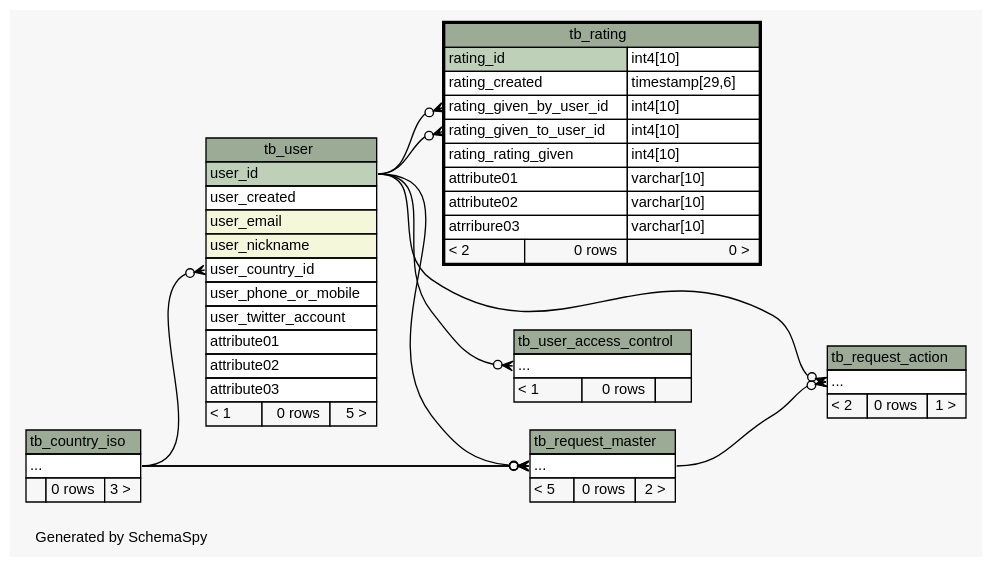
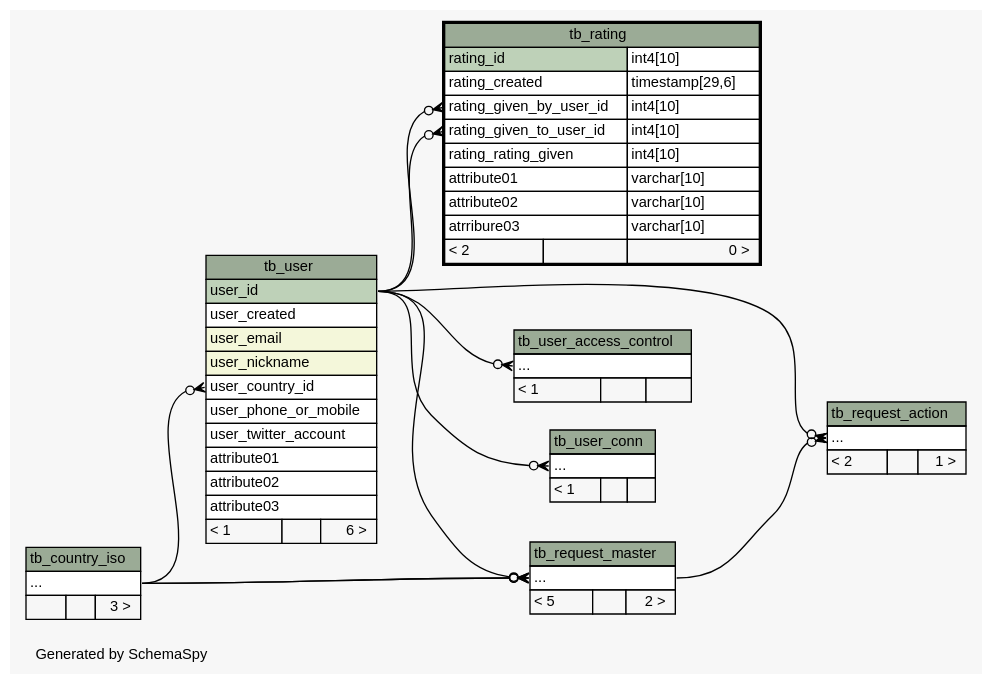
One commit to josetesan/bring2me changed the diagram in database/schema/diagrams/tb_rating.2degrees.dot. Above: the diagram before and after it, drawn with Graphviz. The commit also changed 74 other files, not shown here.

Commit message:
New schema

```diff
--- a/database/schema/diagrams/tb_rating.2degrees.dot
+++ b/database/schema/diagrams/tb_rating.2degrees.dot
@@ -1,107 +1,118 @@
-// dot 2.34.0 on Linux 3.12.0-1-MANJARO
+// dot 2.34.0 on Linux 3.12.1-1-MANJARO
 // SchemaSpy rev 590
 digraph "twoDegreesRelationshipsDiagram" {
   graph [
     rankdir="RL"
     bgcolor="#f7f7f7"
     label="\nGenerated by SchemaSpy"
     labeljust="l"
     nodesep="0.18"
     ranksep="0.46"
     fontname="Helvetica"
     fontsize="11"
   ];
   node [
     fontname="Helvetica"
     fontsize="11"
     shape="plaintext"
   ];
   edge [
     arrowsize="0.8"
   ];
   "tb_rating":"rating_given_by_user_id":w -> "tb_user":"user_id":e [arrowhead=none dir=back arrowtail=crowodot];
   "tb_rating":"rating_given_to_user_id":w -> "tb_user":"user_id":e [arrowhead=none dir=back arrowtail=crowodot];
   "tb_request_action":"elipses":w -> "tb_user":"user_id":e [arrowhead=none dir=back arrowtail=crowodot];
   "tb_request_action":"elipses":w -> "tb_request_master":"elipses":e [arrowhead=none dir=back arrowtail=crowodot];
   "tb_request_master":"elipses":w -> "tb_user":"user_id":e [arrowhead=none dir=back arrowtail=crowodot];
   "tb_request_master":"elipses":w -> "tb_country_iso":"elipses":e [arrowhead=none dir=back arrowtail=crowodot];
   "tb_request_master":"elipses":w -> "tb_country_iso":"elipses":e [arrowhead=none dir=back arrowtail=crowodot];
   "tb_user":"user_country_id":w -> "tb_country_iso":"elipses":e [arrowhead=none dir=back arrowtail=crowodot];
   "tb_user_access_control":"elipses":w -> "tb_user":"user_id":e [arrowhead=none dir=back arrowtail=crowodot];
+  "tb_user_conn":"elipses":w -> "tb_user":"user_id":e [arrowhead=none dir=back arrowtail=crowodot];
   "tb_country_iso" [
     label=<
     <TABLE BORDER="0" CELLBORDER="1" CELLSPACING="0" BGCOLOR="#ffffff">
       <TR><TD COLSPAN="3" BGCOLOR="#9bab96" ALIGN="CENTER">tb_country_iso</TD></TR>
       <TR><TD PORT="elipses" COLSPAN="3" ALIGN="LEFT">...</TD></TR>
-      <TR><TD ALIGN="LEFT" BGCOLOR="#f7f7f7">  </TD><TD ALIGN="RIGHT" BGCOLOR="#f7f7f7">0 rows</TD><TD ALIGN="RIGHT" BGCOLOR="#f7f7f7">3 &gt;</TD></TR>
+      <TR><TD ALIGN="LEFT" BGCOLOR="#f7f7f7">  </TD><TD ALIGN="RIGHT" BGCOLOR="#f7f7f7">  </TD><TD ALIGN="RIGHT" BGCOLOR="#f7f7f7">3 &gt;</TD></TR>
     </TABLE>>
     URL="tb_country_iso.html"
     tooltip="tb_country_iso"
   ];
   "tb_rating" [
     label=<
     <TABLE BORDER="2" CELLBORDER="1" CELLSPACING="0" BGCOLOR="#ffffff">
       <TR><TD COLSPAN="3" BGCOLOR="#9bab96" ALIGN="CENTER">tb_rating</TD></TR>
       <TR><TD PORT="rating_id" COLSPAN="2" BGCOLOR="#bed1b8" ALIGN="LEFT">rating_id</TD><TD PORT="rating_id.type" ALIGN="LEFT">int4[10]</TD></TR>
       <TR><TD PORT="rating_created" COLSPAN="2" ALIGN="LEFT">rating_created</TD><TD PORT="rating_created.type" ALIGN="LEFT">timestamp[29,6]</TD></TR>
       <TR><TD PORT="rating_given_by_user_id" COLSPAN="2" ALIGN="LEFT">rating_given_by_user_id</TD><TD PORT="rating_given_by_user_id.type" ALIGN="LEFT">int4[10]</TD></TR>
       <TR><TD PORT="rating_given_to_user_id" COLSPAN="2" ALIGN="LEFT">rating_given_to_user_id</TD><TD PORT="rating_given_to_user_id.type" ALIGN="LEFT">int4[10]</TD></TR>
       <TR><TD PORT="rating_rating_given" COLSPAN="2" ALIGN="LEFT">rating_rating_given</TD><TD PORT="rating_rating_given.type" ALIGN="LEFT">int4[10]</TD></TR>
       <TR><TD PORT="attribute01" COLSPAN="2" ALIGN="LEFT">attribute01</TD><TD PORT="attribute01.type" ALIGN="LEFT">varchar[10]</TD></TR>
       <TR><TD PORT="attribute02" COLSPAN="2" ALIGN="LEFT">attribute02</TD><TD PORT="attribute02.type" ALIGN="LEFT">varchar[10]</TD></TR>
       <TR><TD PORT="atrribure03" COLSPAN="2" ALIGN="LEFT">atrribure03</TD><TD PORT="atrribure03.type" ALIGN="LEFT">varchar[10]</TD></TR>
-      <TR><TD ALIGN="LEFT" BGCOLOR="#f7f7f7">&lt; 2</TD><TD ALIGN="RIGHT" BGCOLOR="#f7f7f7">0 rows</TD><TD ALIGN="RIGHT" BGCOLOR="#f7f7f7">0 &gt;</TD></TR>
+      <TR><TD ALIGN="LEFT" BGCOLOR="#f7f7f7">&lt; 2</TD><TD ALIGN="RIGHT" BGCOLOR="#f7f7f7">  </TD><TD ALIGN="RIGHT" BGCOLOR="#f7f7f7">0 &gt;</TD></TR>
     </TABLE>>
     URL="tb_rating.html"
     tooltip="tb_rating"
   ];
   "tb_request_action" [
     label=<
     <TABLE BORDER="0" CELLBORDER="1" CELLSPACING="0" BGCOLOR="#ffffff">
       <TR><TD COLSPAN="3" BGCOLOR="#9bab96" ALIGN="CENTER">tb_request_action</TD></TR>
       <TR><TD PORT="elipses" COLSPAN="3" ALIGN="LEFT">...</TD></TR>
-      <TR><TD ALIGN="LEFT" BGCOLOR="#f7f7f7">&lt; 2</TD><TD ALIGN="RIGHT" BGCOLOR="#f7f7f7">0 rows</TD><TD ALIGN="RIGHT" BGCOLOR="#f7f7f7">1 &gt;</TD></TR>
+      <TR><TD ALIGN="LEFT" BGCOLOR="#f7f7f7">&lt; 2</TD><TD ALIGN="RIGHT" BGCOLOR="#f7f7f7">  </TD><TD ALIGN="RIGHT" BGCOLOR="#f7f7f7">1 &gt;</TD></TR>
     </TABLE>>
     URL="tb_request_action.html"
     tooltip="tb_request_action"
   ];
   "tb_request_master" [
     label=<
     <TABLE BORDER="0" CELLBORDER="1" CELLSPACING="0" BGCOLOR="#ffffff">
       <TR><TD COLSPAN="3" BGCOLOR="#9bab96" ALIGN="CENTER">tb_request_master</TD></TR>
       <TR><TD PORT="elipses" COLSPAN="3" ALIGN="LEFT">...</TD></TR>
-      <TR><TD ALIGN="LEFT" BGCOLOR="#f7f7f7">&lt; 5</TD><TD ALIGN="RIGHT" BGCOLOR="#f7f7f7">0 rows</TD><TD ALIGN="RIGHT" BGCOLOR="#f7f7f7">2 &gt;</TD></TR>
+      <TR><TD ALIGN="LEFT" BGCOLOR="#f7f7f7">&lt; 5</TD><TD ALIGN="RIGHT" BGCOLOR="#f7f7f7">  </TD><TD ALIGN="RIGHT" BGCOLOR="#f7f7f7">2 &gt;</TD></TR>
     </TABLE>>
     URL="tb_request_master.html"
     tooltip="tb_request_master"
   ];
   "tb_user" [
     label=<
     <TABLE BORDER="0" CELLBORDER="1" CELLSPACING="0" BGCOLOR="#ffffff">
       <TR><TD COLSPAN="3" BGCOLOR="#9bab96" ALIGN="CENTER">tb_user</TD></TR>
       <TR><TD PORT="user_id" COLSPAN="3" BGCOLOR="#bed1b8" ALIGN="LEFT">user_id</TD></TR>
       <TR><TD PORT="user_created" COLSPAN="3" ALIGN="LEFT">user_created</TD></TR>
       <TR><TD PORT="user_email" COLSPAN="3" BGCOLOR="#f4f7da" ALIGN="LEFT">user_email</TD></TR>
       <TR><TD PORT="user_nickname" COLSPAN="3" BGCOLOR="#f4f7da" ALIGN="LEFT">user_nickname</TD></TR>
       <TR><TD PORT="user_country_id" COLSPAN="3" ALIGN="LEFT">user_country_id</TD></TR>
       <TR><TD PORT="user_phone_or_mobile" COLSPAN="3" ALIGN="LEFT">user_phone_or_mobile</TD></TR>
       <TR><TD PORT="user_twitter_account" COLSPAN="3" ALIGN="LEFT">user_twitter_account</TD></TR>
       <TR><TD PORT="attribute01" COLSPAN="3" ALIGN="LEFT">attribute01</TD></TR>
       <TR><TD PORT="attribute02" COLSPAN="3" ALIGN="LEFT">attribute02</TD></TR>
       <TR><TD PORT="attribute03" COLSPAN="3" ALIGN="LEFT">attribute03</TD></TR>
-      <TR><TD ALIGN="LEFT" BGCOLOR="#f7f7f7">&lt; 1</TD><TD ALIGN="RIGHT" BGCOLOR="#f7f7f7">0 rows</TD><TD ALIGN="RIGHT" BGCOLOR="#f7f7f7">5 &gt;</TD></TR>
+      <TR><TD ALIGN="LEFT" BGCOLOR="#f7f7f7">&lt; 1</TD><TD ALIGN="RIGHT" BGCOLOR="#f7f7f7">  </TD><TD ALIGN="RIGHT" BGCOLOR="#f7f7f7">6 &gt;</TD></TR>
     </TABLE>>
     URL="tb_user.html"
     tooltip="tb_user"
   ];
   "tb_user_access_control" [
     label=<
     <TABLE BORDER="0" CELLBORDER="1" CELLSPACING="0" BGCOLOR="#ffffff">
       <TR><TD COLSPAN="3" BGCOLOR="#9bab96" ALIGN="CENTER">tb_user_access_control</TD></TR>
       <TR><TD PORT="elipses" COLSPAN="3" ALIGN="LEFT">...</TD></TR>
-      <TR><TD ALIGN="LEFT" BGCOLOR="#f7f7f7">&lt; 1</TD><TD ALIGN="RIGHT" BGCOLOR="#f7f7f7">0 rows</TD><TD ALIGN="RIGHT" BGCOLOR="#f7f7f7">  </TD></TR>
+      <TR><TD ALIGN="LEFT" BGCOLOR="#f7f7f7">&lt; 1</TD><TD ALIGN="RIGHT" BGCOLOR="#f7f7f7">  </TD><TD ALIGN="RIGHT" BGCOLOR="#f7f7f7">  </TD></TR>
     </TABLE>>
     URL="tb_user_access_control.html"
     tooltip="tb_user_access_control"
   ];
+  "tb_user_conn" [
+    label=<
+    <TABLE BORDER="0" CELLBORDER="1" CELLSPACING="0" BGCOLOR="#ffffff">
+      <TR><TD COLSPAN="3" BGCOLOR="#9bab96" ALIGN="CENTER">tb_user_conn</TD></TR>
+      <TR><TD PORT="elipses" COLSPAN="3" ALIGN="LEFT">...</TD></TR>
+      <TR><TD ALIGN="LEFT" BGCOLOR="#f7f7f7">&lt; 1</TD><TD ALIGN="RIGHT" BGCOLOR="#f7f7f7">  </TD><TD ALIGN="RIGHT" BGCOLOR="#f7f7f7">  </TD></TR>
+    </TABLE>>
+    URL="tb_user_conn.html"
+    tooltip="tb_user_conn"
+  ];
 }
```
